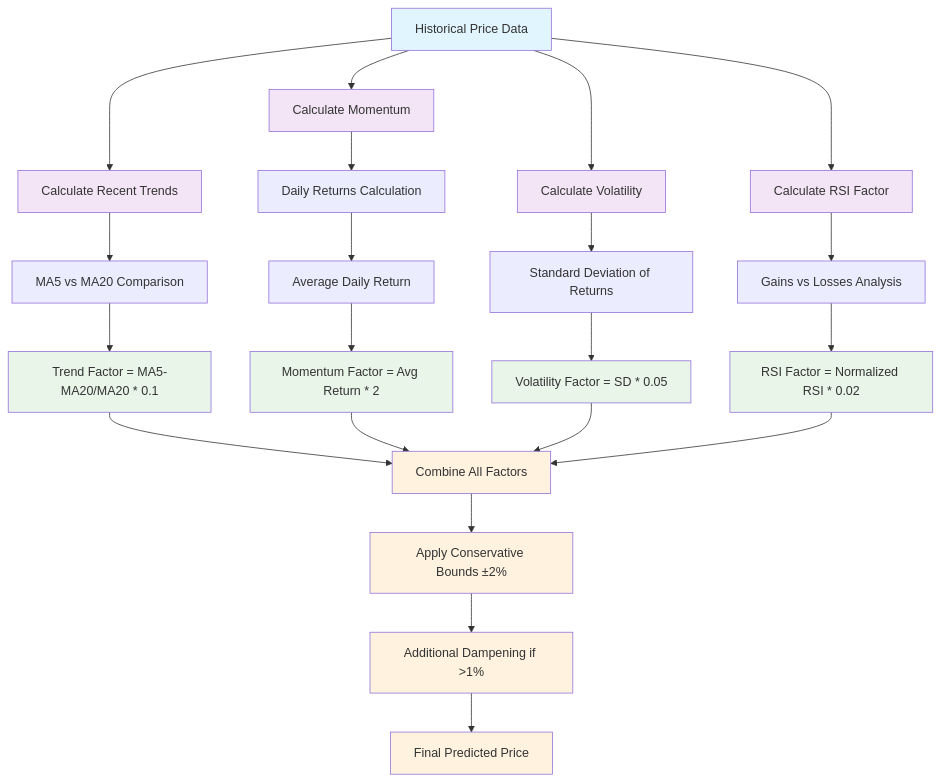
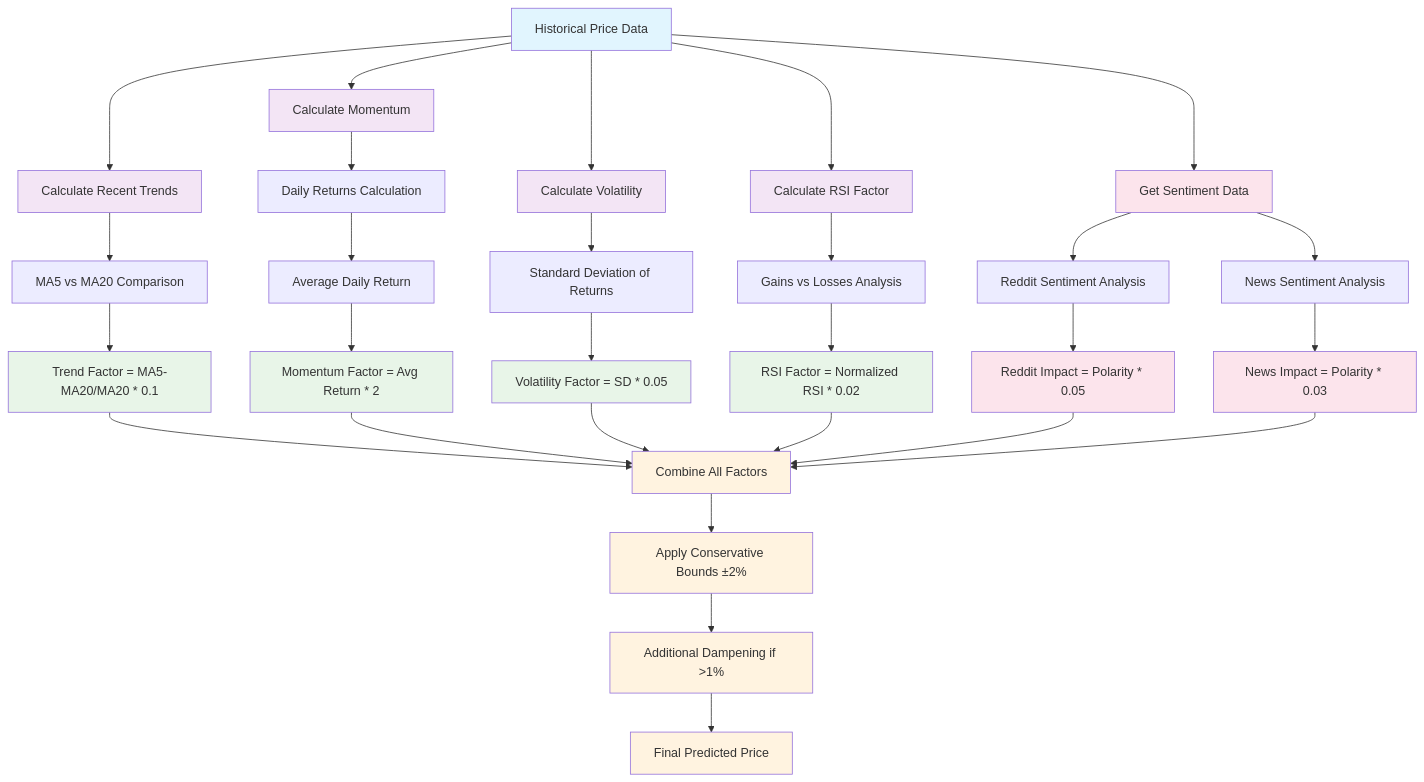
One commit to jeremygonsalves/price-predictor-stocks changed the fourth of 7 diagrams in LSTM-model.md. Above: the diagram before and after it, drawn with Mermaid. The commit also changed other lines of this file and 2 other files, not shown here.

Commit message:
Add sentiment analysis integration to prediction model; update LSTM-model documentation to reflect new sentiment factors and their impact on predictions. Adjust README for subreddit sources.

````diff
--- a/LSTM-model.md
+++ b/LSTM-model.md
@@ -203,39 +203,50 @@
 ```mermaid
 flowchart TD
     A[Historical Price Data] --> B[Calculate Recent Trends]
     A --> C[Calculate Momentum]
     A --> D[Calculate Volatility]
     A --> E[Calculate RSI Factor]
+    A --> F[Get Sentiment Data]
     
     B --> B1[MA5 vs MA20 Comparison]
     B1 --> B2["Trend Factor = MA5-MA20/MA20 * 0.1"]
     
     C --> C1[Daily Returns Calculation]
     C1 --> C2[Average Daily Return]
     C2 --> C3["Momentum Factor = Avg Return * 2"]
     
     D --> D1[Standard Deviation of Returns]
     D1 --> D2["Volatility Factor = SD * 0.05"]
     
     E --> E1[Gains vs Losses Analysis]
     E1 --> E2["RSI Factor = Normalized RSI * 0.02"]
     
-    B2 --> F[Combine All Factors]
-    C3 --> F
-    D2 --> F
-    E2 --> F
+    F --> F1[Reddit Sentiment Analysis]
+    F --> F2[News Sentiment Analysis]
+    F1 --> F3["Reddit Impact = Polarity * 0.05"]
+    F2 --> F4["News Impact = Polarity * 0.03"]
     
-    F --> G[Apply Conservative Bounds ±2%]
-    G --> H[Additional Dampening if >1%]
-    H --> I[Final Predicted Price]
+    B2 --> G[Combine All Factors]
+    C3 --> G
+    D2 --> G
+    E2 --> G
+    F3 --> G
+    F4 --> G
+    
+    G --> H[Apply Conservative Bounds ±2%]
+    H --> I[Additional Dampening if >1%]
+    I --> J[Final Predicted Price]
     
     classDef input fill:#e1f5fe
     classDef calculation fill:#f3e5f5
     classDef factor fill:#e8f5e8
+    classDef sentiment fill:#fce4ec
     classDef result fill:#fff3e0
     
     class A input
     class B,C,D,E calculation
+    class F sentiment
     class B2,C3,D2,E2 factor
-    class F,G,H,I result
+    class F3,F4 sentiment
+    class G,H,I,J result
 ```
````
